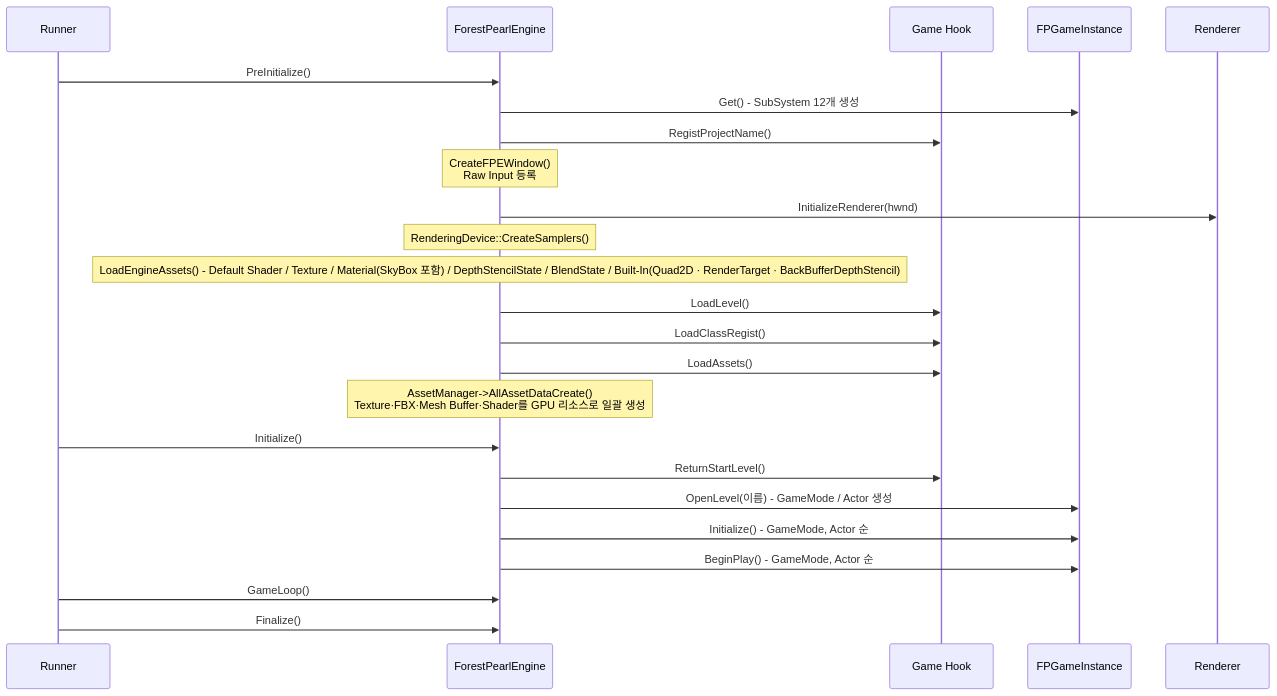
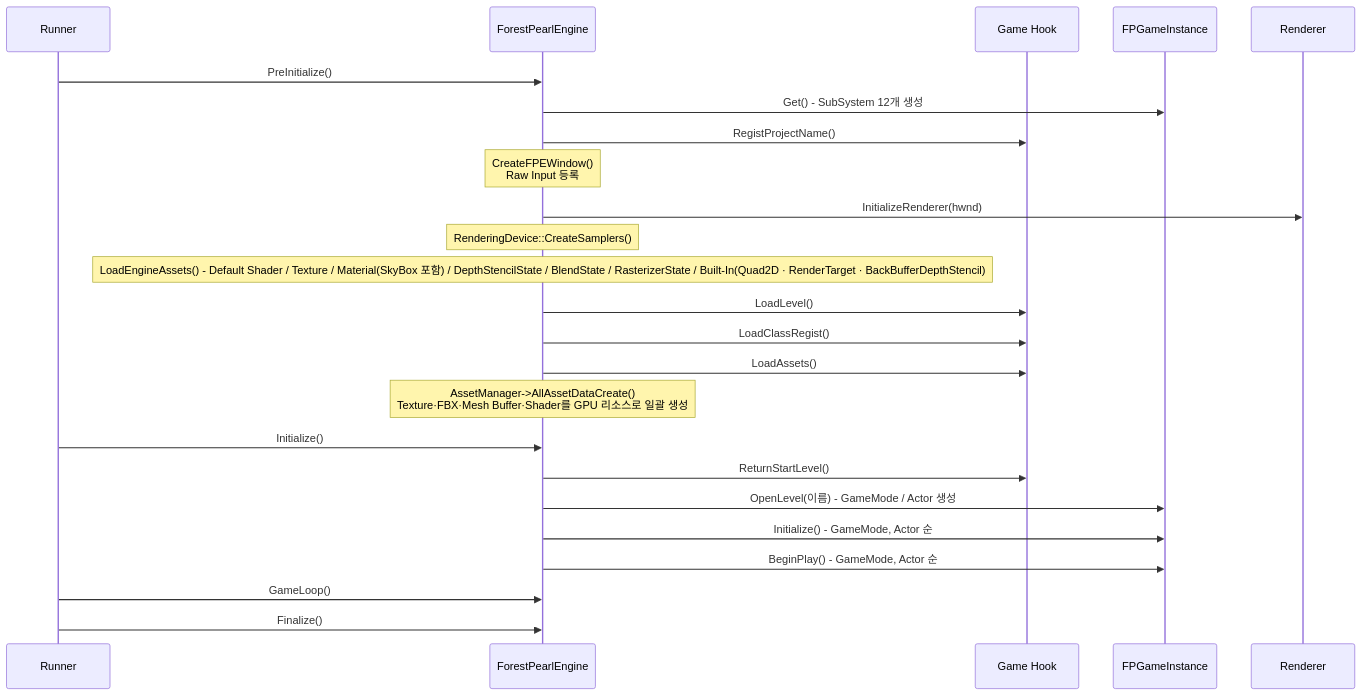
The third of 30 diagrams in README.md (Gat-Young/ForestPearlEngine), drawn with Mermaid before and after one commit. The commit also changed other lines of this file and 556 other files, not shown here.

````diff
--- a/README.md
+++ b/README.md
@@ -453,29 +459,29 @@
 ```mermaid
 sequenceDiagram
     participant Run as Runner
     participant Eng as ForestPearlEngine
     participant Game as Game Hook
     participant GI as FPGameInstance
     participant Ren as Renderer
 
     Run->>Eng: PreInitialize()
     Eng->>GI: Get() - SubSystem 12개 생성
     Eng->>Game: RegistProjectName()
     Note over Eng: CreateFPEWindow()<br/>Raw Input 등록
     Eng->>Ren: InitializeRenderer(hwnd)
     Note over Eng: RenderingDevice::CreateSamplers()
-    Note over Eng: LoadEngineAssets() - Default Shader / Texture / Material(SkyBox 포함) / DepthStencilState / BlendState / Built-In(Quad2D · RenderTarget · BackBufferDepthStencil)
+    Note over Eng: LoadEngineAssets() - Default Shader / Texture / Material(SkyBox 포함) / DepthStencilState / BlendState / RasterizerState / Built-In(Quad2D · RenderTarget · BackBufferDepthStencil)
     Eng->>Game: LoadLevel()
     Eng->>Game: LoadClassRegist()
     Eng->>Game: LoadAssets()
     Note over Eng: AssetManager->AllAssetDataCreate()<br/>Texture·FBX·Mesh Buffer·Shader를 GPU 리소스로 일괄 생성
 
     Run->>Eng: Initialize()
     Eng->>Game: ReturnStartLevel()
     Eng->>GI: OpenLevel(이름) - GameMode / Actor 생성
     Eng->>GI: Initialize() - GameMode, Actor 순
     Eng->>GI: BeginPlay() - GameMode, Actor 순
 
     Run->>Eng: GameLoop()
     Run->>Eng: Finalize()
 ```
````
